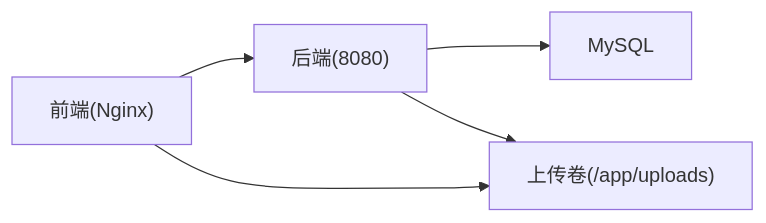
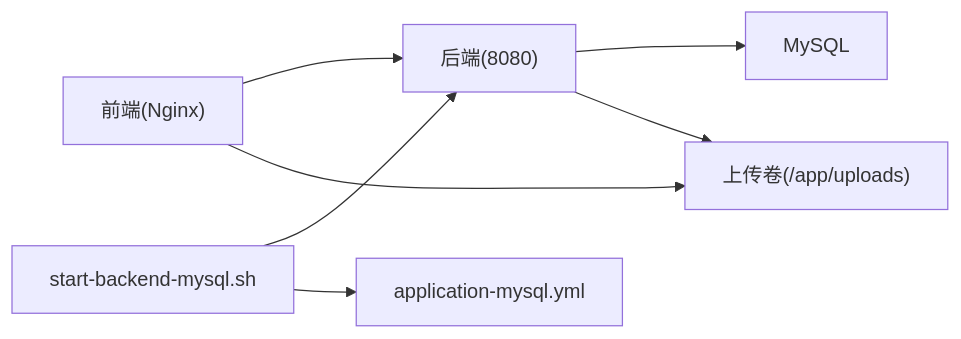
The seventh of 7 diagrams in .qoder/repowiki/zh/content/部署与运维/部署与运维.md (koala-xiong/communication-qoder), drawn with Mermaid before and after one commit. The commit also changed other lines of this file and 78 other files, not shown here.

````diff
--- a/.qoder/repowiki/zh/content/部署与运维/部署与运维.md
+++ b/.qoder/repowiki/zh/content/部署与运维/部署与运维.md
@@ -235,7 +326,9 @@
 ```mermaid
 graph LR
 FE["前端(Nginx)"] --> API["后端(8080)"]
 API --> DB["MySQL"]
 API --> VOL["上传卷(/app/uploads)"]
 FE --> VOL
+Script["start-backend-mysql.sh"] --> API
+Script --> MySQLCfg["application-mysql.yml"]
 ```
````
